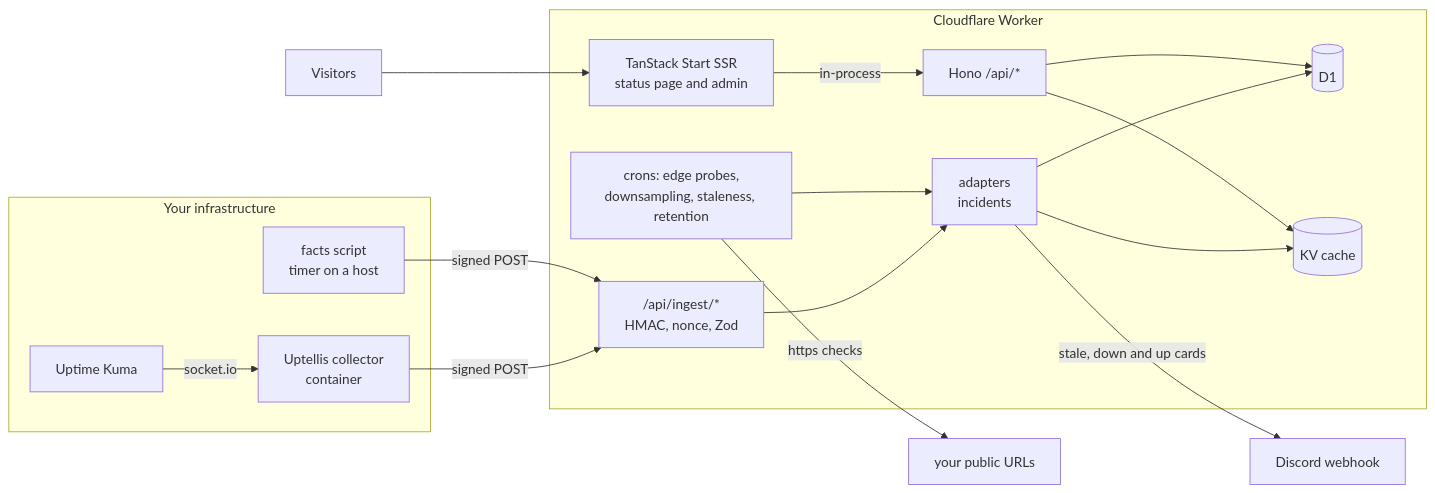
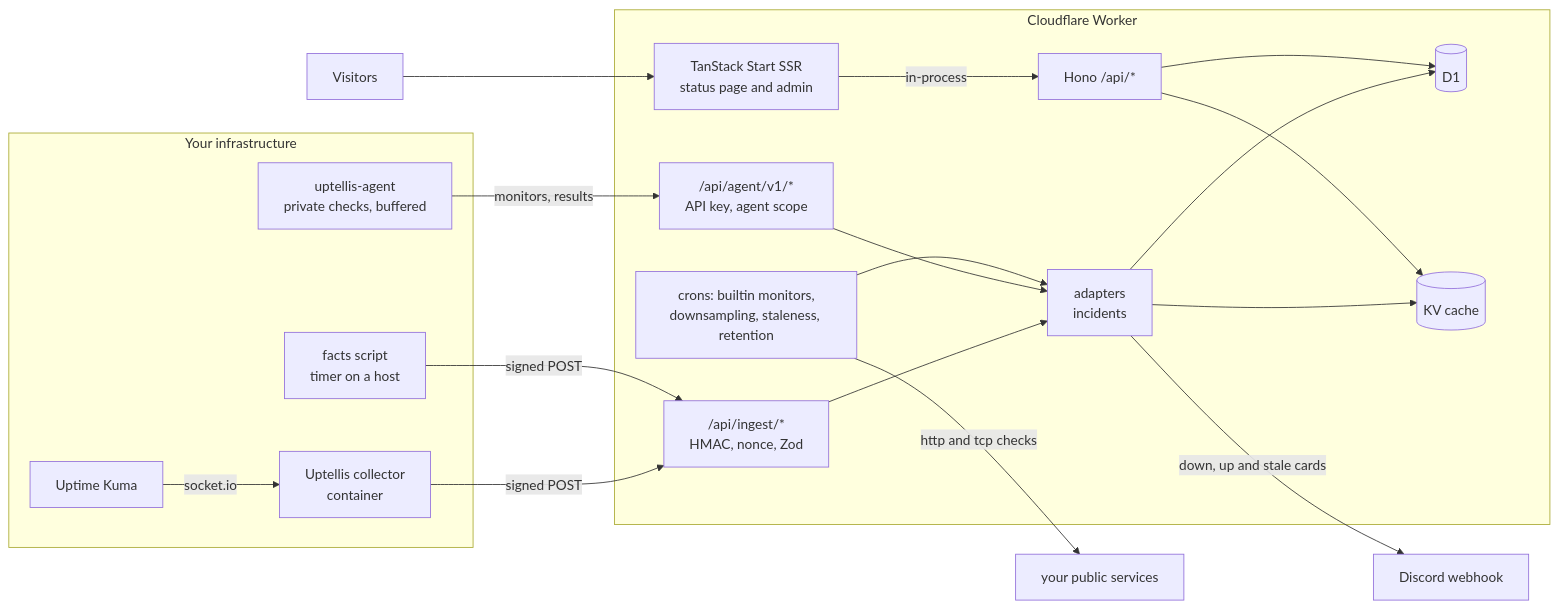
The diagram in README.md (bts-io/uptellis), drawn with Mermaid before and after one commit. The commit also changed other lines of this file and 4 other files, not shown here.

Commit message:
docs: monitors, agents, confirmation and maintenance; roadmap and architecture for 6a

````diff
--- a/README.md
+++ b/README.md
@@ -37,21 +39,24 @@
 ```mermaid
 flowchart LR
   subgraph hosts ["Your infrastructure"]
     kuma["Uptime Kuma"] -->|"socket.io"| col["Uptellis collector<br/>container"]
     facts["facts script<br/>timer on a host"]
+    agent["uptellis-agent<br/>private checks, buffered"]
   end
   subgraph worker ["Cloudflare Worker"]
     ingest["/api/ingest/*<br/>HMAC, nonce, Zod"] --> engine["adapters<br/>incidents"]
-    cron["crons: edge probes,<br/>downsampling, staleness, retention"] --> engine
+    agentapi["/api/agent/v1/*<br/>API key, agent scope"] --> engine
+    cron["crons: builtin monitors,<br/>downsampling, staleness, retention"] --> engine
     engine --> d1[("D1")]
     engine --> kv[("KV cache")]
     api["Hono /api/*"] --> kv
     api --> d1
     ssr["TanStack Start SSR<br/>status page and admin"] -->|"in-process"| api
   end
   col -->|"signed POST"| ingest
   facts -->|"signed POST"| ingest
-  cron -->|"https checks"| sites["your public URLs"]
-  engine -->|"stale, down and up cards"| discord["Discord webhook"]
+  agent -->|"monitors, results"| agentapi
+  cron -->|"http and tcp checks"| sites["your public services"]
+  engine -->|"down, up and stale cards"| discord["Discord webhook"]
   visitor["Visitors"] --> ssr
 ```
````
